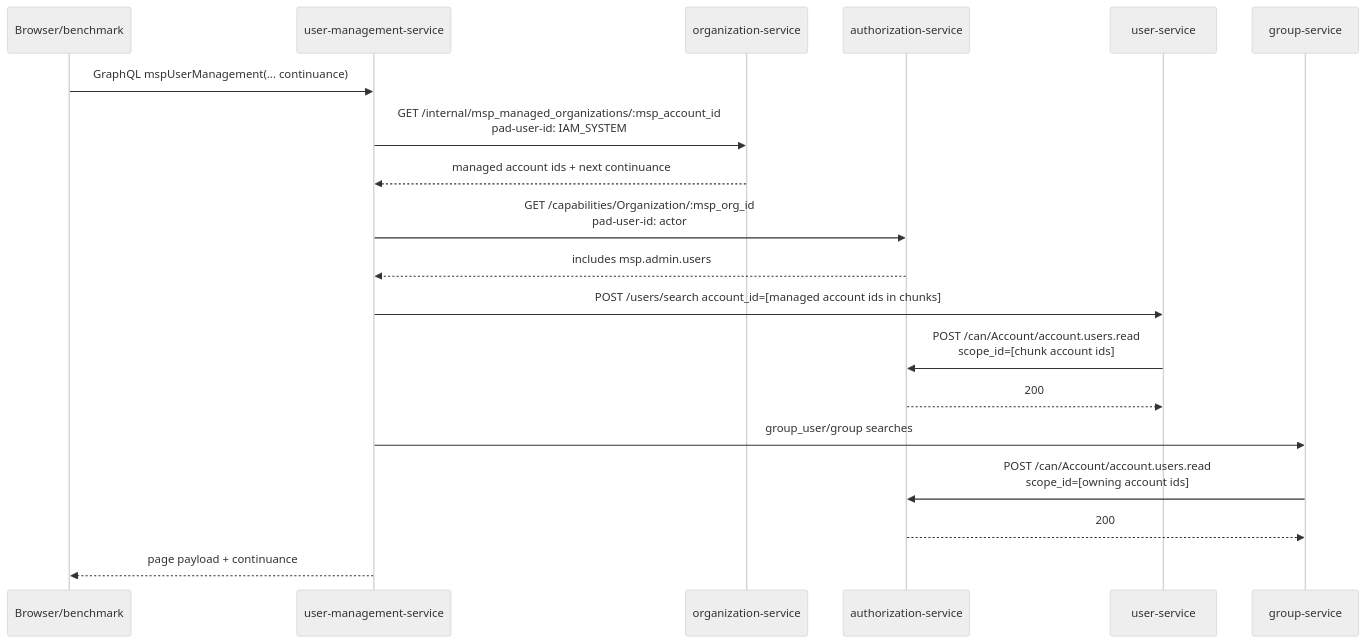
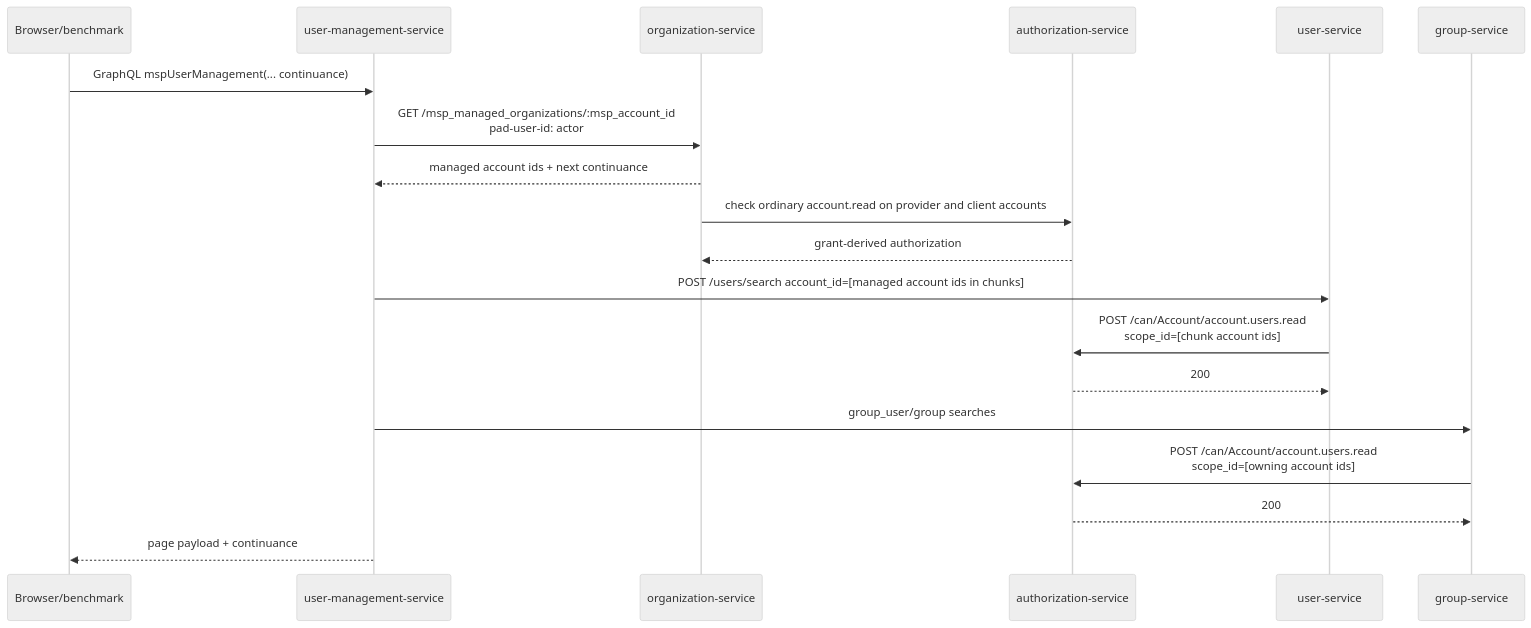
One commit to meleneth/iam-system-demo changed the fifth of 5 diagrams in FINAL_ARCHITECTURE.md. Above: the diagram before and after it, drawn with Mermaid (neutral theme). The commit also changed other lines of this file and 67 other files, not shown here.

Commit message:
Authorize through group grants and virtual MSP account inheritance

````diff
--- a/FINAL_ARCHITECTURE.md
+++ b/FINAL_ARCHITECTURE.md
@@ -314,22 +311,22 @@
 ```mermaid
 sequenceDiagram
   participant Browser as Browser/benchmark
   participant UMS as user-management-service
   participant Org as organization-service
   participant Auth as authorization-service
   participant US as user-service
   participant GS as group-service
 
   Browser->>UMS: GraphQL mspUserManagement(... continuance)
-  UMS->>Org: GET /internal/msp_managed_organizations/:msp_account_id<br/>pad-user-id: IAM_SYSTEM
+  UMS->>Org: GET /msp_managed_organizations/:msp_account_id<br/>pad-user-id: actor
   Org-->>UMS: managed account ids + next continuance
-  UMS->>Auth: GET /capabilities/Organization/:msp_org_id<br/>pad-user-id: actor
-  Auth-->>UMS: includes msp.admin.users
+  Org->>Auth: check ordinary account.read on provider and client accounts
+  Auth-->>Org: grant-derived authorization
   UMS->>US: POST /users/search account_id=[managed account ids in chunks]
   US->>Auth: POST /can/Account/account.users.read<br/>scope_id=[chunk account ids]
   Auth-->>US: 200
   UMS->>GS: group_user/group searches
   GS->>Auth: POST /can/Account/account.users.read<br/>scope_id=[owning account ids]
   Auth-->>GS: 200
   UMS-->>Browser: page payload + continuance
 ```
````
